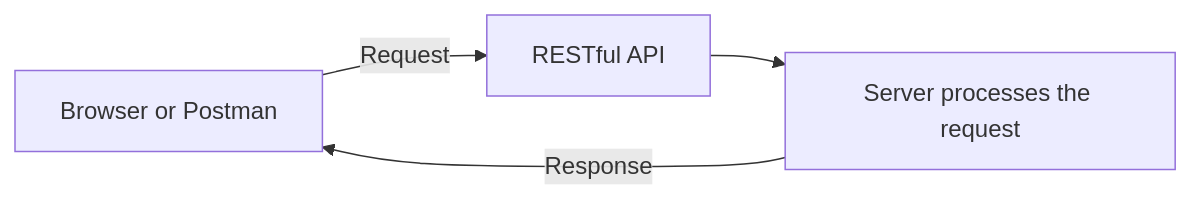
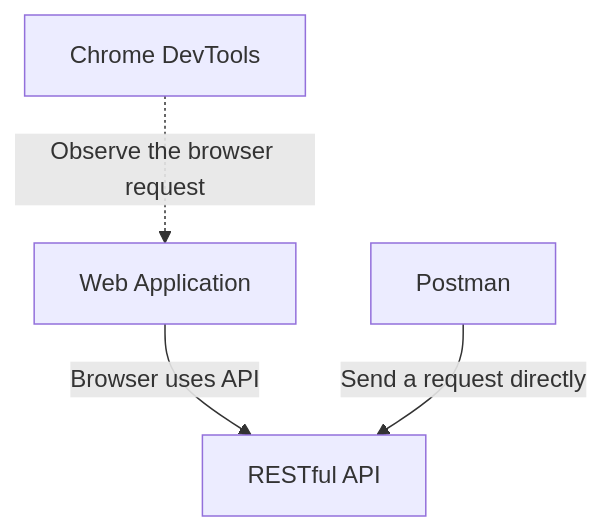
One commit to reltronersk/skill-wanderer-progress-documentation changed the first of 6 diagrams in module-0-1/README.md. Above: the diagram before and after it, drawn with Mermaid. The commit also changed other lines of this file, not shown here.

````diff
--- a/module-0-1/README.md
+++ b/module-0-1/README.md
@@ -61,6 +102,12 @@
 ```mermaid
-flowchart LR
-    A[Browser or Postman] -->|Request| B[RESTful API]
-    B --> C[Server processes the request]
-    C -->|Response| A
+flowchart TB
+    API[RESTful API]
+
+    Browser[Web Application]
+    DevTools[Chrome DevTools]
+    Postman[Postman]
+
+    Browser -->|Browser uses API| API
+    DevTools -.->|Observe the browser request| Browser
+    Postman -->|Send a request directly| API
 ```
````
